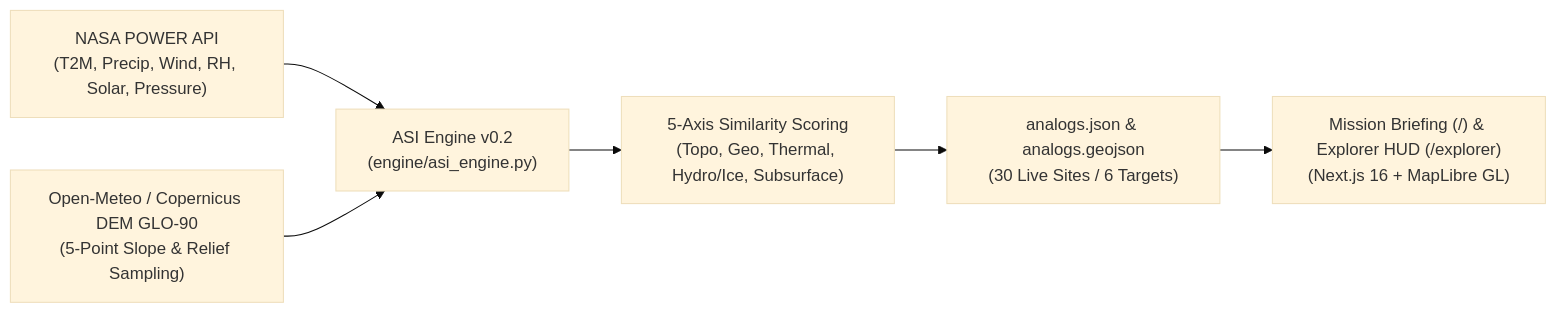
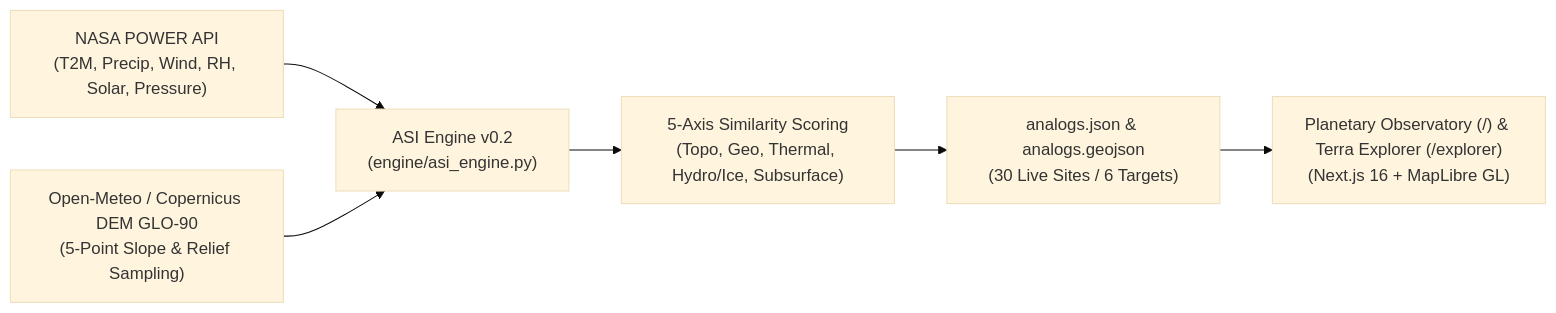
The diagram in README.md (FakeCxbas/Atlania), drawn with Mermaid (base theme) before and after one commit. The commit also changed other lines of this file and 12 other files, not shown here.

````diff
--- a/README.md
+++ b/README.md
@@ -24,8 +25,8 @@
 ```mermaid
 flowchart LR
     A["NASA POWER API<br/>(T2M, Precip, Wind, RH, Solar, Pressure)"] --> C["ASI Engine v0.2<br/>(engine/asi_engine.py)"]
     B["Open-Meteo / Copernicus DEM GLO-90<br/>(5-Point Slope & Relief Sampling)"] --> C
     C --> D["5-Axis Similarity Scoring<br/>(Topo, Geo, Thermal, Hydro/Ice, Subsurface)"]
     D --> E["analogs.json & analogs.geojson<br/>(30 Live Sites / 6 Targets)"]
-    E --> F["Mission Briefing (/) & Explorer HUD (/explorer)<br/>(Next.js 16 + MapLibre GL)"]
+    E --> F["Planetary Observatory (/) & Terra Explorer (/explorer)<br/>(Next.js 16 + MapLibre GL)"]
 ```
````
